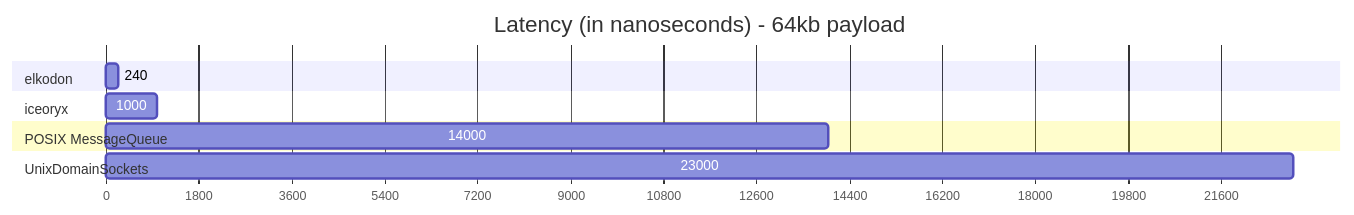
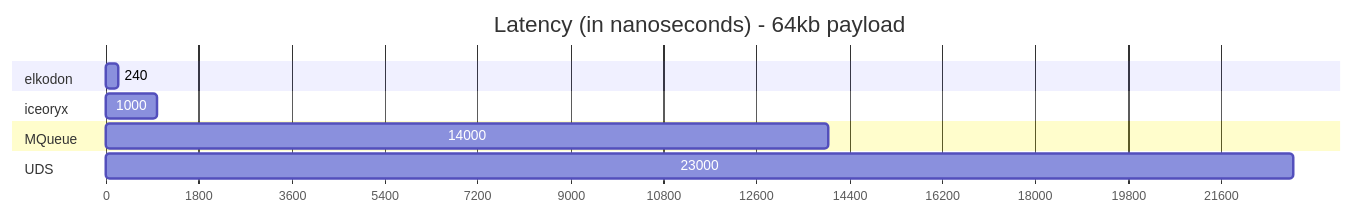
One commit to larry-robotics/elkodon changed the second of 2 diagrams in README.md. Above: the diagram before and after it, drawn with Mermaid. The commit also changed other lines of this file, not shown here.

````diff
--- a/README.md
+++ b/README.md
@@ -39,15 +44,15 @@
 ```mermaid
 gantt
     title Latency (in nanoseconds) - 64kb payload
     dateFormat X
     axisFormat %s
 
     section elkodon
     240 : 0, 240
     section iceoryx
     1000 : 0, 1000
-    section POSIX MessageQueue
+    section MQueue
     14000 : 0, 14000
-    section UnixDomainSockets
+    section UDS
     23000 : 0, 23000
 ```
````
